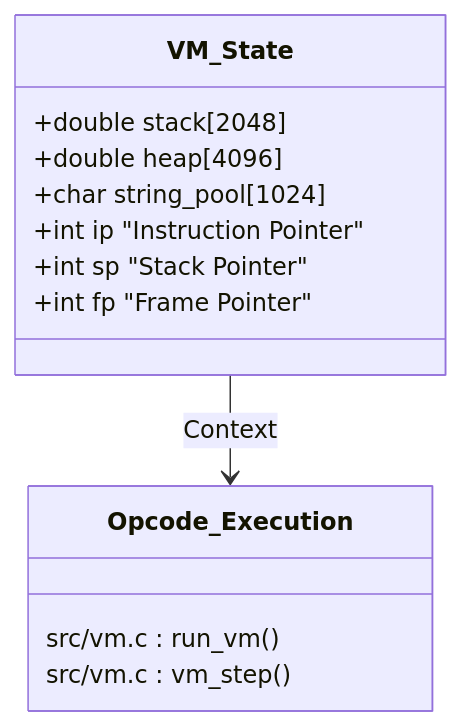
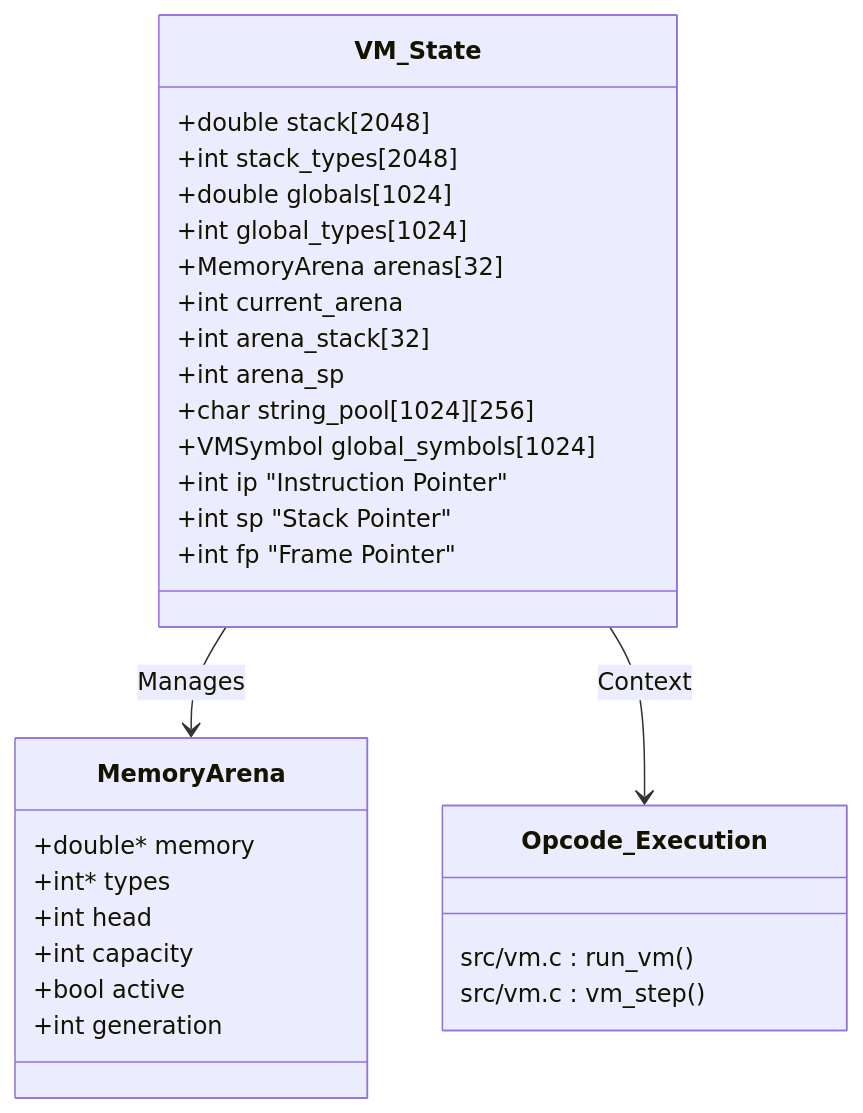
One commit to bl1tmaps/mylo-lang changed the first of 3 diagrams in docs/technical_docs.md. Above: the diagram before and after it, drawn with Mermaid. The commit also changed other lines of this file and 7 other files, not shown here.

````diff
--- a/docs/technical_docs.md
+++ b/docs/technical_docs.md
@@ -19,18 +24,35 @@
 ```mermaid
 classDiagram
     class VM_State {
         +double stack[2048]
-        +double heap[4096]
-        +char string_pool[1024]
+        +int stack_types[2048]
+        +double globals[1024]
+        +int global_types[1024]
+        +MemoryArena arenas[32]
+        +int current_arena
+        +int arena_stack[32]
+        +int arena_sp
+        +char string_pool[1024][256]
+        +VMSymbol global_symbols[1024]
         +int ip "Instruction Pointer"
         +int sp "Stack Pointer"
         +int fp "Frame Pointer"
+    }
+
+    class MemoryArena {
+        +double* memory
+        +int* types
+        +int head
+        +int capacity
+        +bool active
+        +int generation
     }
 
     class Opcode_Execution {
         src/vm.c : run_vm()
         src/vm.c : vm_step()
     }
     
+    VM_State --> MemoryArena : Manages
     VM_State --> Opcode_Execution : Context
 ```
````
